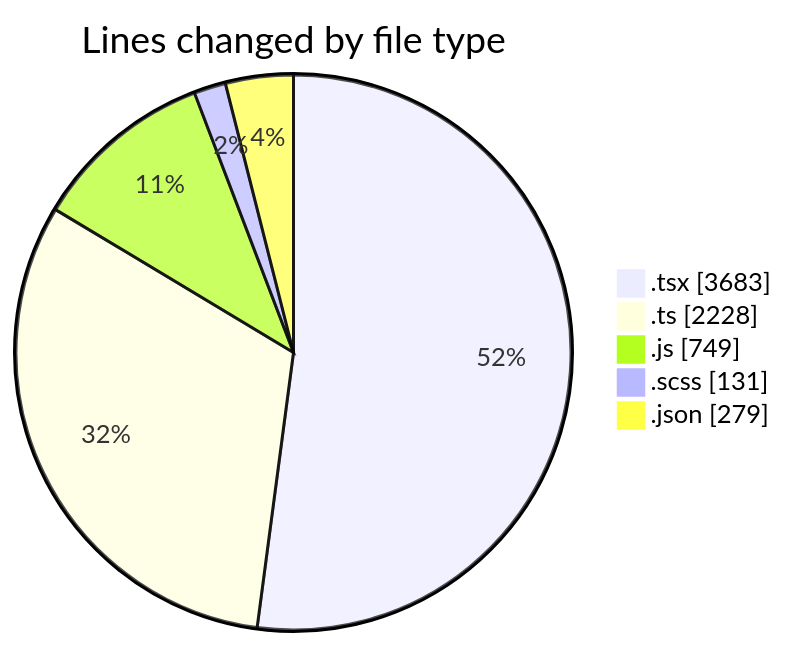
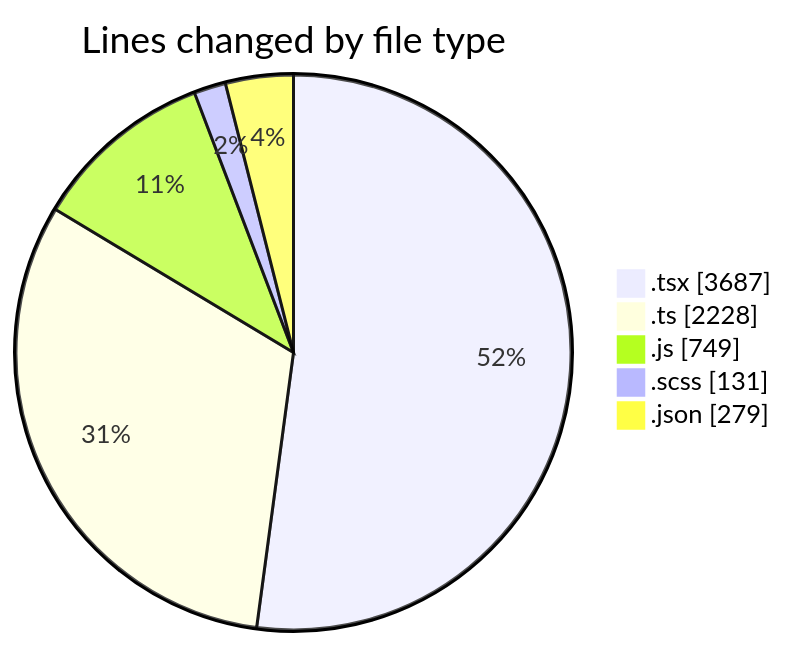
One commit to momahboobian/code-tracking changed the first of 2 diagrams in 2026-06-11/cda/README.md. Above: the diagram before and after it, drawn with Mermaid. The commit also changed other lines of this file and 1 other file, not shown here.

````diff
--- a/2026-06-11/cda/README.md
+++ b/2026-06-11/cda/README.md
@@ -59,9 +59,9 @@
 ```mermaid
 pie showData
 title Lines changed by file type
-".tsx" : 3683
+".tsx" : 3687
 ".ts" : 2228
 ".js" : 749
 ".scss" : 131
 ".json" : 279
 ```
````
